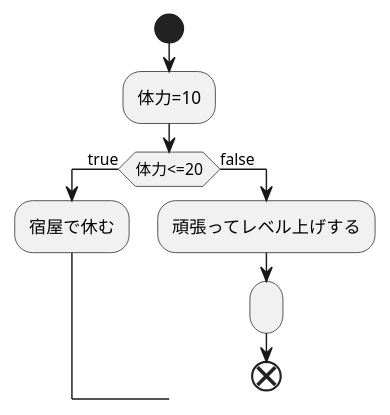
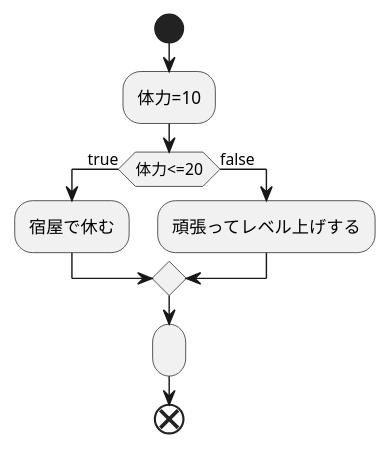
The diagram in kadai1_2.md (Aso2001007/2021sys-desgin), drawn with PlantUML before and after one commit.

````diff
--- a/kadai1_2.md
+++ b/kadai1_2.md
@@ -1,12 +1,13 @@
 ```uml
 @startuml
 start
 :体力=10;
 if(体力<=20)then(true)
 :宿屋で休む;
 else(false)
 :頑張ってレベル上げする;
+endif
 :;
 end
 @enduml
 ```
````
